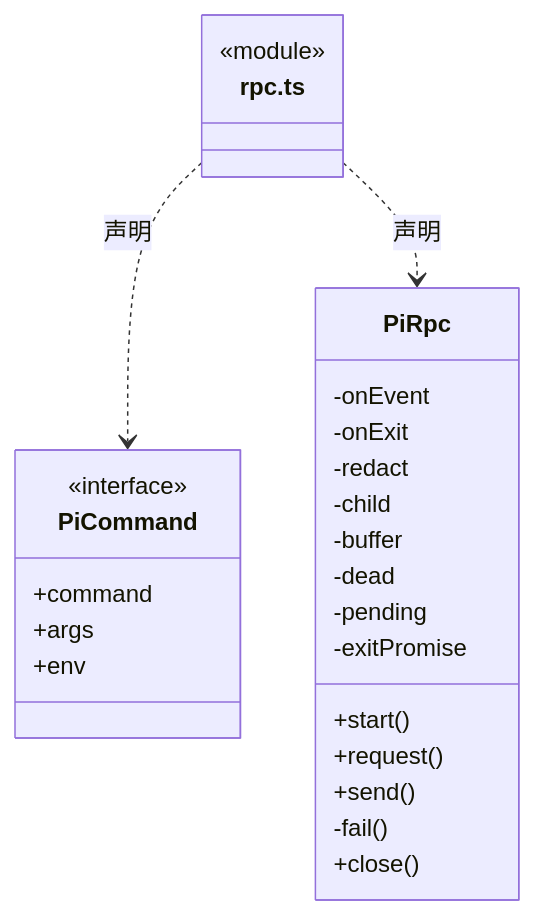
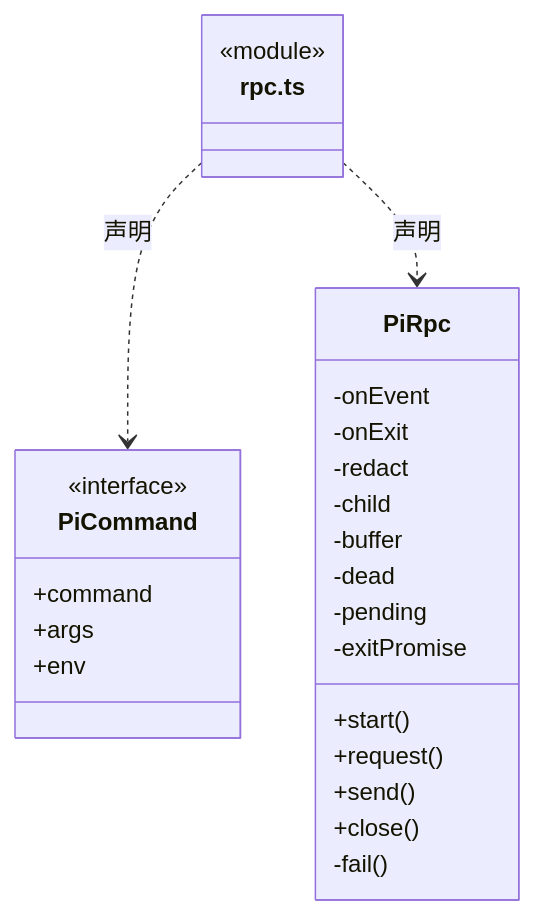
One commit to nan023062/cbim changed the fifth of 8 diagrams in src/backend/core/brain/pi/ARCHITECTURE.md. Above: the diagram before and after it, drawn with Mermaid. The commit also changed other lines of this file and 240 other files, not shown here.

````diff
--- a/src/backend/core/brain/pi/ARCHITECTURE.md
+++ b/src/backend/core/brain/pi/ARCHITECTURE.md
@@ -94,29 +127,29 @@
 ```mermaid
 classDiagram
 class N_src_backend_core_brain_pi_rpc_ts["rpc.ts"] {
   <<module>>
 }
 class N_src_backend_core_brain_pi_rpc_ts_PiCommand["PiCommand"] {
   <<interface>>
   +command
   +args
   +env
 }
 N_src_backend_core_brain_pi_rpc_ts ..> N_src_backend_core_brain_pi_rpc_ts_PiCommand : 声明
 class N_src_backend_core_brain_pi_rpc_ts_PiRpc["PiRpc"] {
+  +start()
+  +request()
+  +send()
+  +close()
   -onEvent
   -onExit
   -redact
   -child
   -buffer
   -dead
   -pending
   -exitPromise
-  +start()
-  +request()
-  +send()
   -fail()
-  +close()
 }
 N_src_backend_core_brain_pi_rpc_ts ..> N_src_backend_core_brain_pi_rpc_ts_PiRpc : 声明
 ```
````
